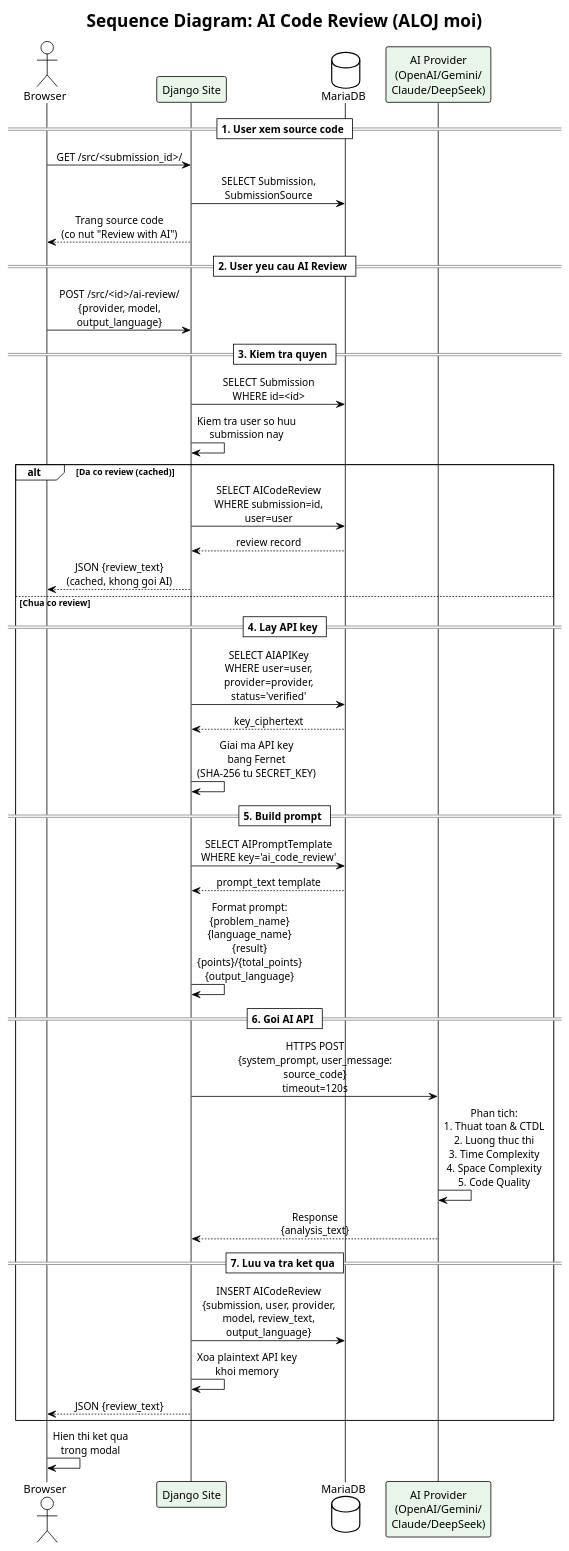
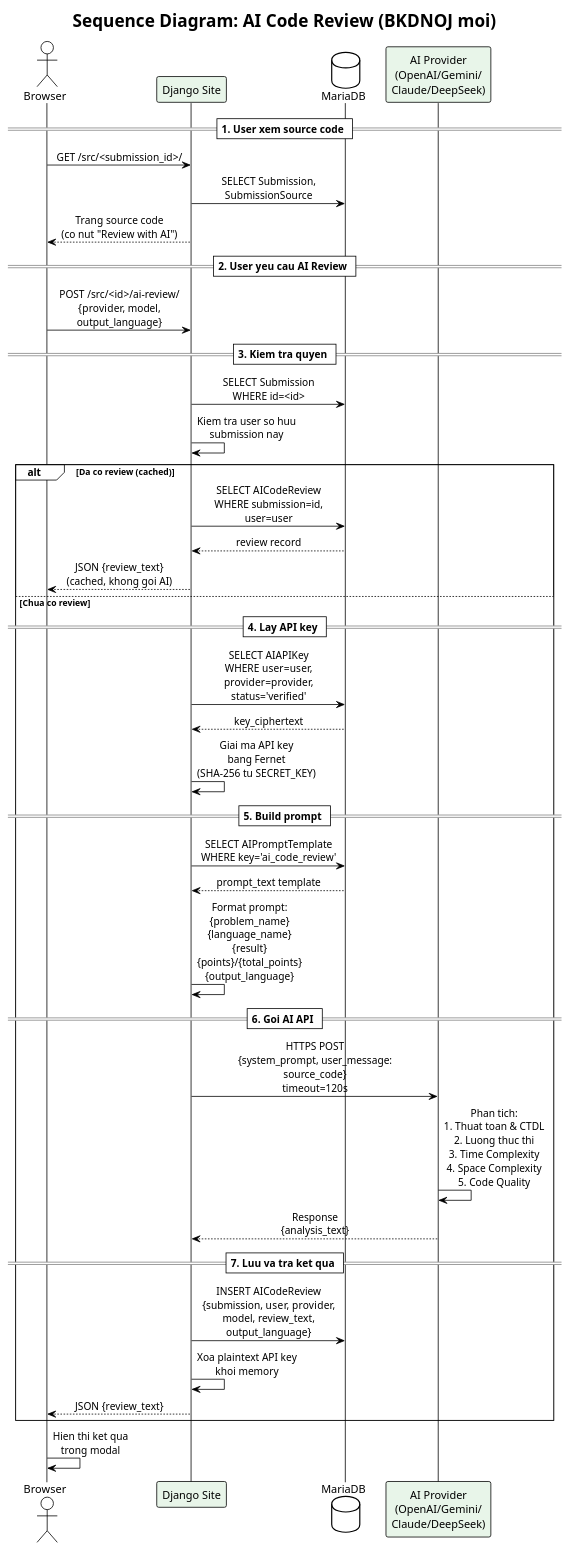
Before and after one commit to Algorit-loop/My-Online-Judge: the diagram in document/gzx/08_sequence_ai_review.puml, drawn with PlantUML. The commit also changed 44 other files, not shown here.

```diff
--- a/document/gzx/08_sequence_ai_review.puml
+++ b/document/gzx/08_sequence_ai_review.puml
@@ -1,60 +1,60 @@
 @startuml Sequence_AI_Review
 !theme plain
 skinparam sequenceMessageAlign center
 skinparam maxMessageSize 200
 skinparam participant {
   BackgroundColor #E8F5E9
 }
 
-title Sequence Diagram: AI Code Review (ALOJ moi)
+title Sequence Diagram: AI Code Review (BKDNOJ moi)
 
 actor "Browser" as B
 participant "Django Site" as Site
 database "MariaDB" as DB
 participant "AI Provider\n(OpenAI/Gemini/\nClaude/DeepSeek)" as AI
 
 == 1. User xem source code ==
 B -> Site : GET /src/<submission_id>/
 Site -> DB : SELECT Submission,\nSubmissionSource
 Site --> B : Trang source code\n(co nut "Review with AI")
 
 == 2. User yeu cau AI Review ==
 B -> Site : POST /src/<id>/ai-review/\n{provider, model, output_language}
 
 == 3. Kiem tra quyen ==
 Site -> DB : SELECT Submission\nWHERE id=<id>
 Site -> Site : Kiem tra user so huu\nsubmission nay
 
 alt Da co review (cached)
   Site -> DB : SELECT AICodeReview\nWHERE submission=id, user=user
   DB --> Site : review record
   Site --> B : JSON {review_text}\n(cached, khong goi AI)
 else Chua co review
   == 4. Lay API key ==
   Site -> DB : SELECT AIAPIKey\nWHERE user=user,\nprovider=provider,\nstatus='verified'
   DB --> Site : key_ciphertext
 
   Site -> Site : Giai ma API key\nbang Fernet\n(SHA-256 tu SECRET_KEY)
 
   == 5. Build prompt ==
   Site -> DB : SELECT AIPromptTemplate\nWHERE key='ai_code_review'
   DB --> Site : prompt_text template
 
   Site -> Site : Format prompt:\n{problem_name}\n{language_name}\n{result}\n{points}/{total_points}\n{output_language}
 
   == 6. Goi AI API ==
   Site -> AI : HTTPS POST\n{system_prompt, user_message:\nsource_code}\ntimeout=120s
 
   AI -> AI : Phan tich:\n1. Thuat toan & CTDL\n2. Luong thuc thi\n3. Time Complexity\n4. Space Complexity\n5. Code Quality
 
   AI --> Site : Response\n{analysis_text}
 
   == 7. Luu va tra ket qua ==
   Site -> DB : INSERT AICodeReview\n{submission, user, provider,\nmodel, review_text, output_language}
   Site -> Site : Xoa plaintext API key\nkhoi memory
   Site --> B : JSON {review_text}
 end
 
 B -> B : Hien thi ket qua\ntrong modal
 
 @enduml
```
